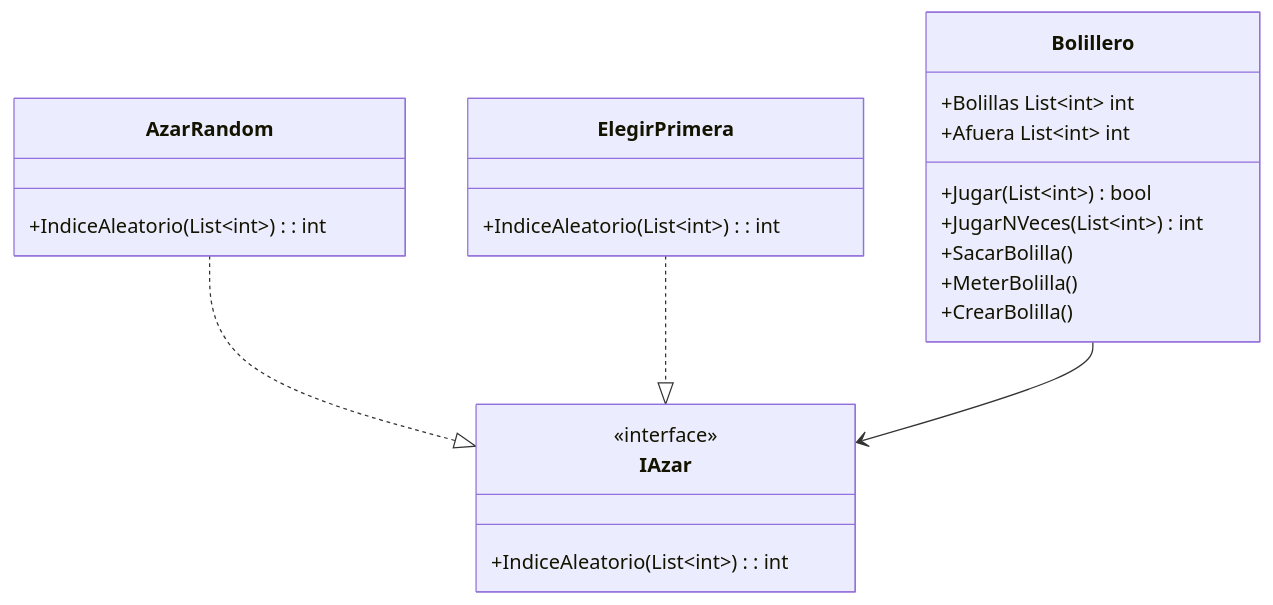
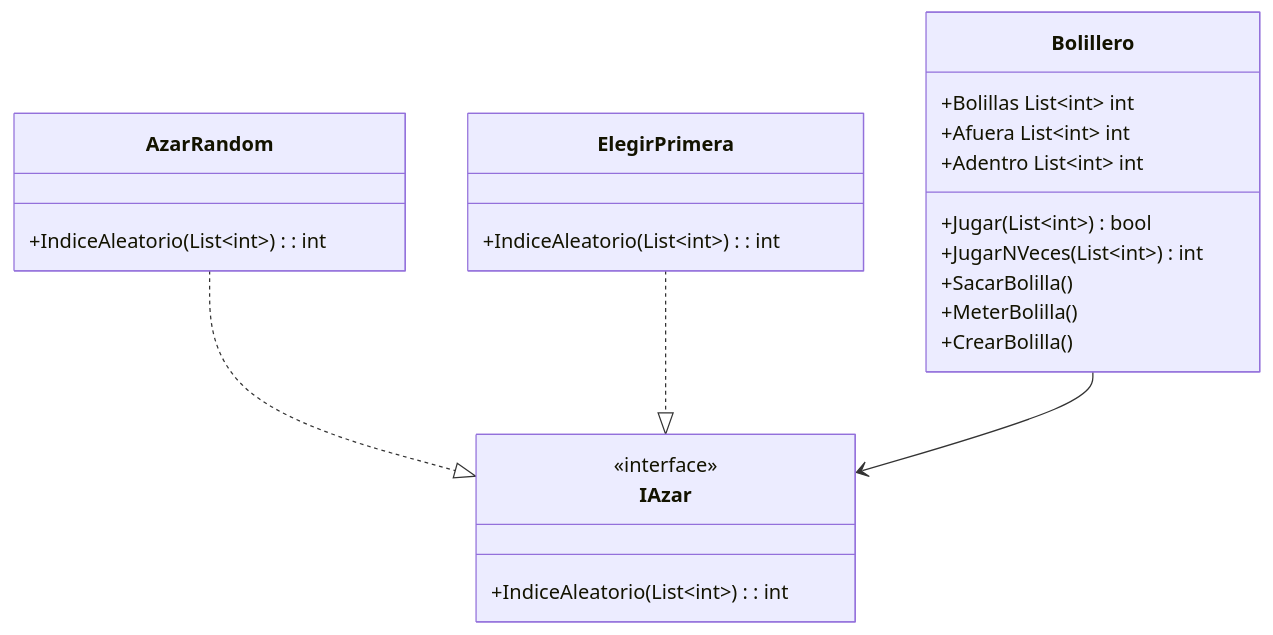
The diagram in docs/README.md (abrilchauq/Bolillero), drawn with Mermaid before and after one commit. The commit also changed 3 other files, not shown here.

````diff
--- a/docs/README.md
+++ b/docs/README.md
@@ -3,31 +3,32 @@
 ```mermaid
 classDiagram
     class Bolillero{
         +Bolillas List~int~ int
         +Afuera List~int~ int 
+        +Adentro List~int~ int
         +Jugar (List~int~) bool 
         +JugarNVeces (List~int~) int
         +SacarBolilla()
         +MeterBolilla()
         +CrearBolilla()
     }
 
     class IAzar{
         <<interface>>
         +IndiceAleatorio(List~int~): int 
     }
 
     class AzarRandom{
         +IndiceAleatorio(List~int~): int 
     }
 
     class ElegirPrimera{
         +IndiceAleatorio(List~int~): int
     }
 
 
 AzarRandom ..|> IAzar
 ElegirPrimera ..|> IAzar
 Bolillero --> IAzar
 
 ```
````
